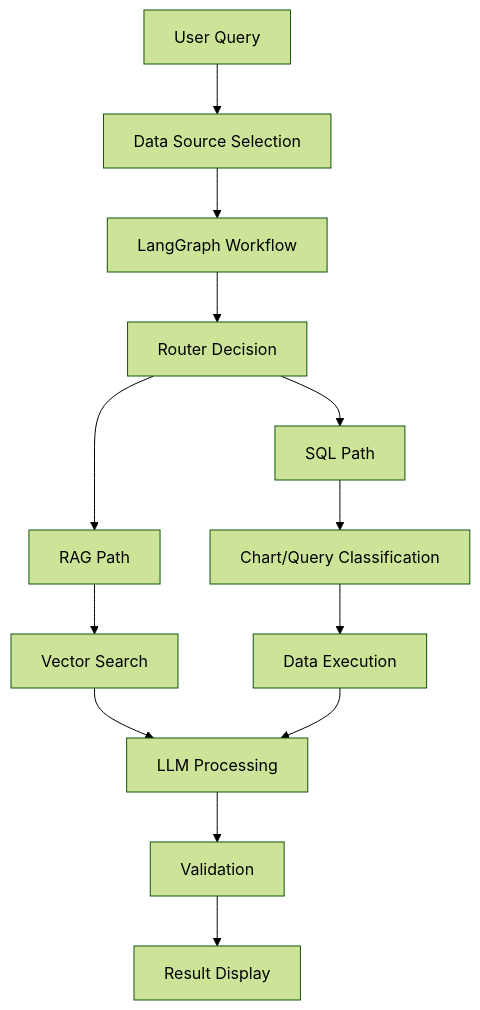
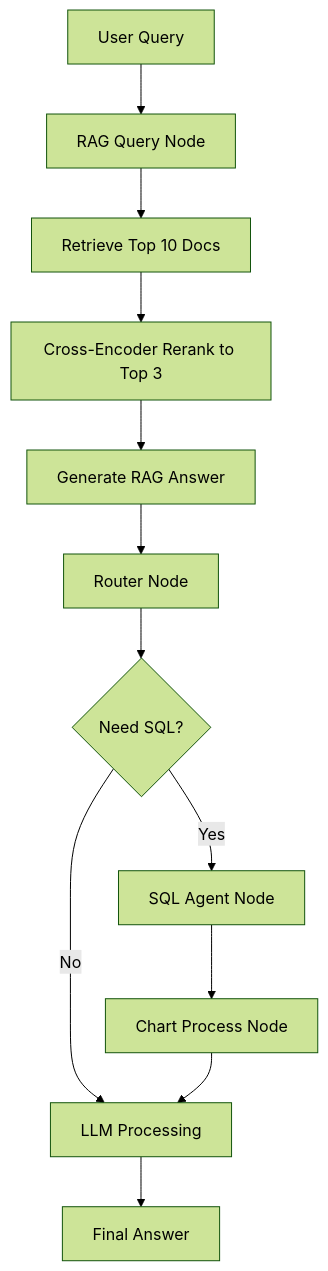
Before and after one commit to 470024581/ai-agent: the diagram in client/README.md, drawn with Mermaid (forest theme). The commit also changed other lines of this file and 14 other files, not shown here.

Commit message:
feature: add execution display of agent

````diff
--- a/client/README.md
+++ b/client/README.md
@@ -187,15 +239,14 @@
 ```mermaid
 graph TD
-    A[User Query] --> B[Data Source Selection]
-    B --> C[LangGraph Workflow]
-    C --> D[Router Decision]
-    D --> E[SQL Path] 
-    D --> F[RAG Path]
-    E --> G[Chart/Query Classification]
-    F --> H[Vector Search]
-    G --> I[Data Execution]
-    H --> J[LLM Processing]
-    I --> J
-    J --> K[Validation]
-    K --> L[Result Display]
+    A[User Query] --> B[RAG Query Node]
+    B --> C[Retrieve Top 10 Docs]
+    C --> D[Cross-Encoder Rerank to Top 3]
+    D --> E[Generate RAG Answer]
+    E --> F[Router Node]
+    F --> G{Need SQL?}
+    G -->|Yes| H[SQL Agent Node]
+    G -->|No| K[LLM Processing]
+    H --> I[Chart Process Node]
+    I --> K
+    K --> L[Final Answer]
 ```
````
